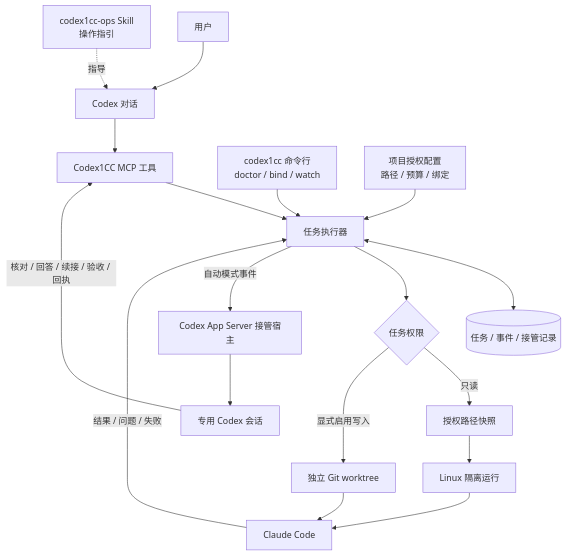
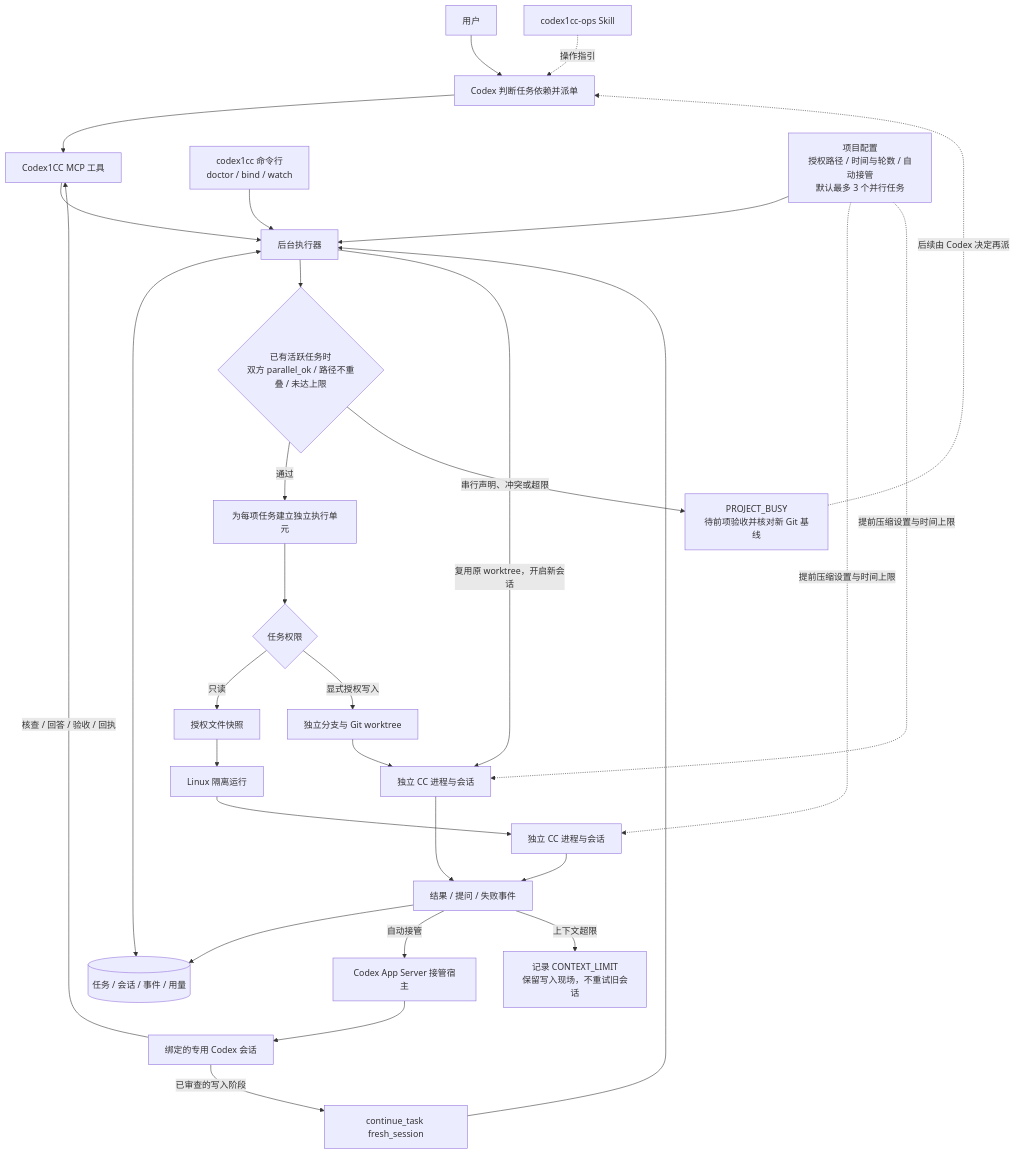
The diagram in README.zh-CN.md (UncleTIM-GZ/Codex1CC), drawn with Mermaid before and after one commit. The commit also changed other lines of this file and 12 other files, not shown here.

````diff
--- a/README.zh-CN.md
+++ b/README.zh-CN.md
@@ -15,20 +15,26 @@
 ```mermaid
 flowchart TD
-    U[用户] --> C[Codex 对话]
-    S[codex1cc-ops Skill<br/>操作指引] -. 指导 .-> C
-    C --> M[Codex1CC MCP 工具]
-    M --> E[任务执行器]
+    U[用户] --> C[Codex 判断任务依赖并派单]
+    S[codex1cc-ops Skill] -. 操作指引 .-> C
+    C --> M[Codex1CC MCP 工具] --> E[后台执行器]
     CLI[codex1cc 命令行<br/>doctor / bind / watch] --> E
-    CFG[项目授权配置<br/>路径 / 预算 / 绑定] --> E
-    E <--> DB[(任务 / 事件 / 接管记录)]
-    E --> MODE{任务权限}
-    MODE -->|只读| SNAP[授权路径快照]
-    SNAP --> BOX[Linux 隔离运行]
-    MODE -->|显式启用写入| WT[独立 Git worktree]
-    BOX --> CC[Claude Code]
-    WT --> CC
-    CC -->|结果 / 问题 / 失败| E
-    E -->|自动模式事件| H[Codex App Server 接管宿主]
-    H --> D[专用 Codex 会话]
-    D -->|核对 / 回答 / 续接 / 验收 / 回执| M
+    CFG[项目配置<br/>授权路径 / 时间与轮数 / 自动接管<br/>默认最多 3 个并行任务] --> E
+    E <--> DB[(任务 / 会话 / 事件 / 用量)]
+    E --> A{已有活跃任务时<br/>双方 parallel_ok / 路径不重叠 / 未达上限}
+    A -->|通过| T[为每项任务建立独立执行单元]
+    A -->|串行声明、冲突或超限| BUSY[PROJECT_BUSY<br/>待前项验收并核对新 Git 基线]
+    BUSY -. 后续由 Codex 决定再派 .-> C
+    T --> MODE{任务权限}
+    MODE -->|只读| SNAP[授权文件快照] --> BOX[Linux 隔离运行] --> CCR[独立 CC 进程与会话]
+    MODE -->|显式授权写入| WT[独立分支与 Git worktree] --> CCW[独立 CC 进程与会话]
+    CFG -. 提前压缩设置与时间上限 .-> CCR
+    CFG -. 提前压缩设置与时间上限 .-> CCW
+    CCR --> EV[结果 / 提问 / 失败事件]
+    CCW --> EV
+    EV --> DB
+    EV -->|自动接管| H[Codex App Server 接管宿主] --> D[绑定的专用 Codex 会话]
+    D -->|核查 / 回答 / 验收 / 回执| M
+    D -->|已审查的写入阶段| F[continue_task fresh_session] --> E
+    E -->|复用原 worktree，开启新会话| CCW
+    EV -->|上下文超限| X[记录 CONTEXT_LIMIT<br/>保留写入现场，不重试旧会话]
 ```
````
